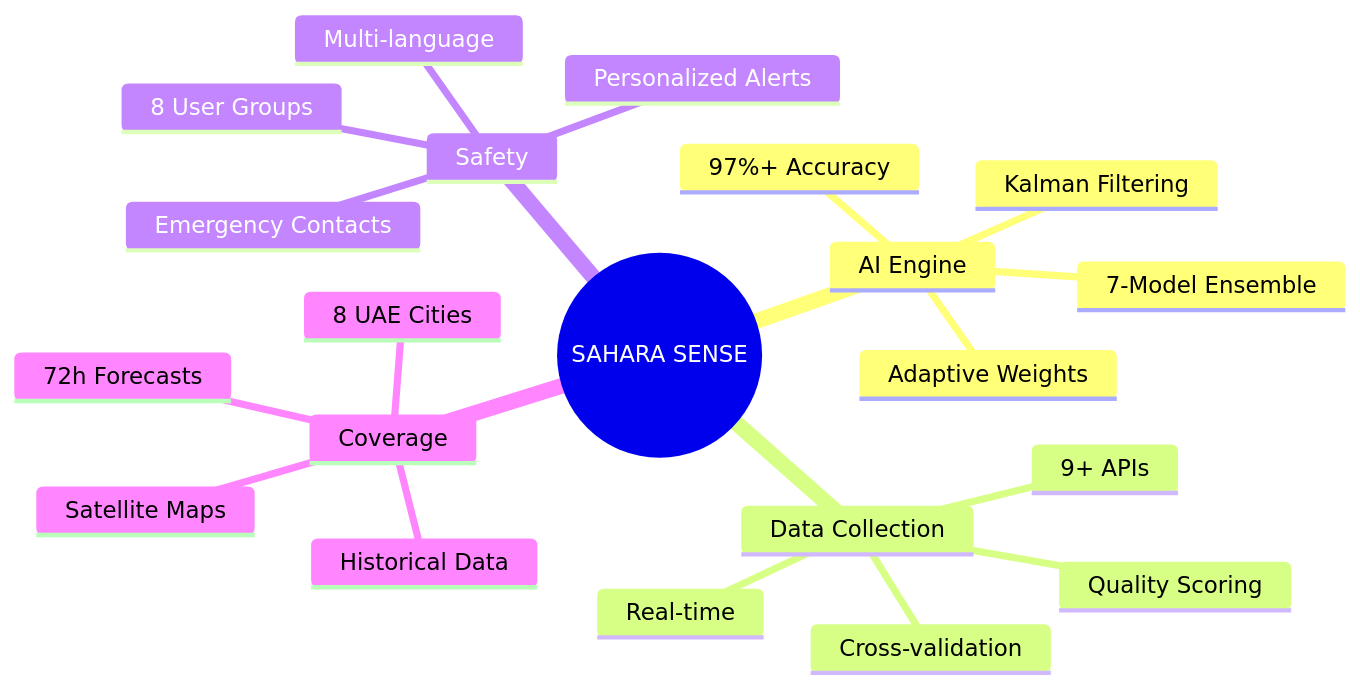
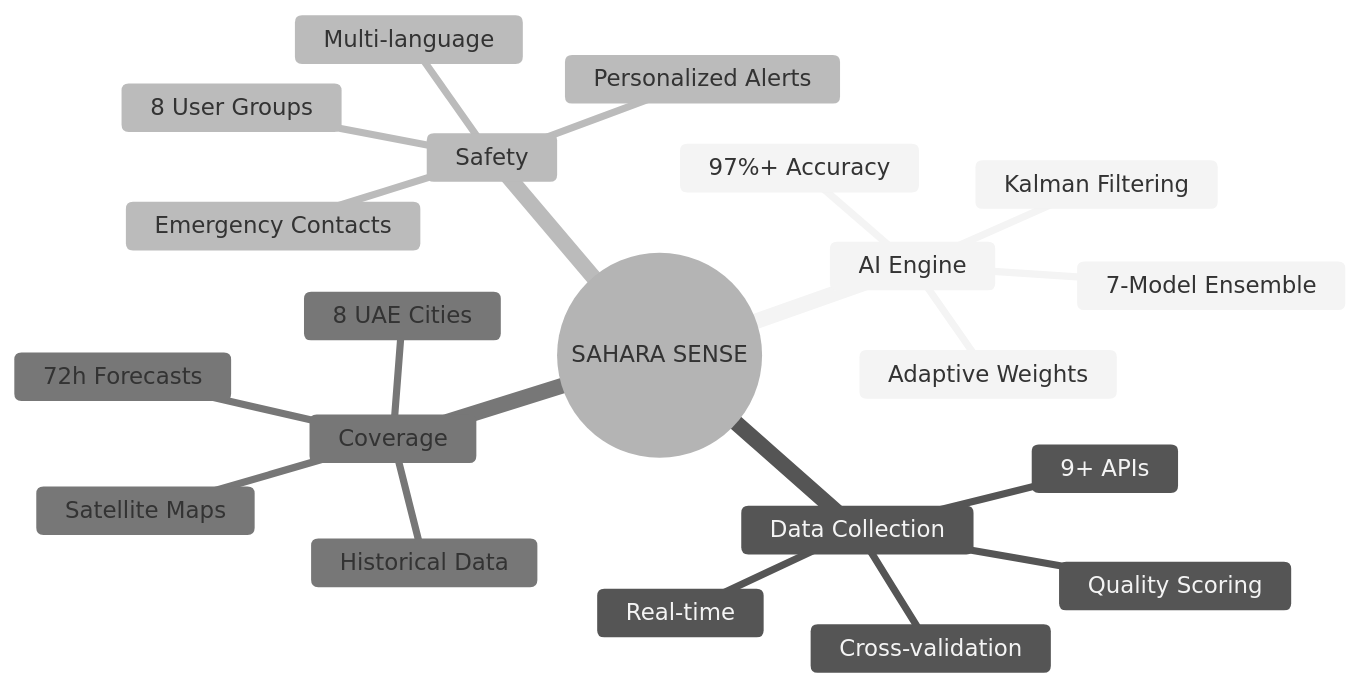
The first of 14 diagrams in README.md (sumith1309/Project_Sahara_Sense), drawn with Mermaid before and after one commit. The commit also changed other lines of this file, not shown here.

Commit message:
docs: Enhance Mermaid diagrams visibility with neutral theme

````diff
--- a/README.md
+++ b/README.md
@@ -43,24 +43,25 @@
 ```mermaid
+%%{init: {'theme': 'neutral', 'themeVariables': { 'fontFamily': 'arial', 'fontSize': '16px', 'primaryColor': '#fff', 'primaryTextColor': '#333', 'primaryBorderColor': '#333', 'lineColor': '#333', 'secondaryColor': '#f4f4f4', 'tertiaryColor': '#fff'}}}%%
 mindmap
   root((SAHARA SENSE))
     AI Engine
       7-Model Ensemble
       Kalman Filtering
       Adaptive Weights
       97%+ Accuracy
     Data Collection
       9+ APIs
       Real-time
       Cross-validation
       Quality Scoring
     Safety
       8 User Groups
       Personalized Alerts
       Emergency Contacts
       Multi-language
     Coverage
       8 UAE Cities
       Satellite Maps
       Historical Data
       72h Forecasts
 ```
````
